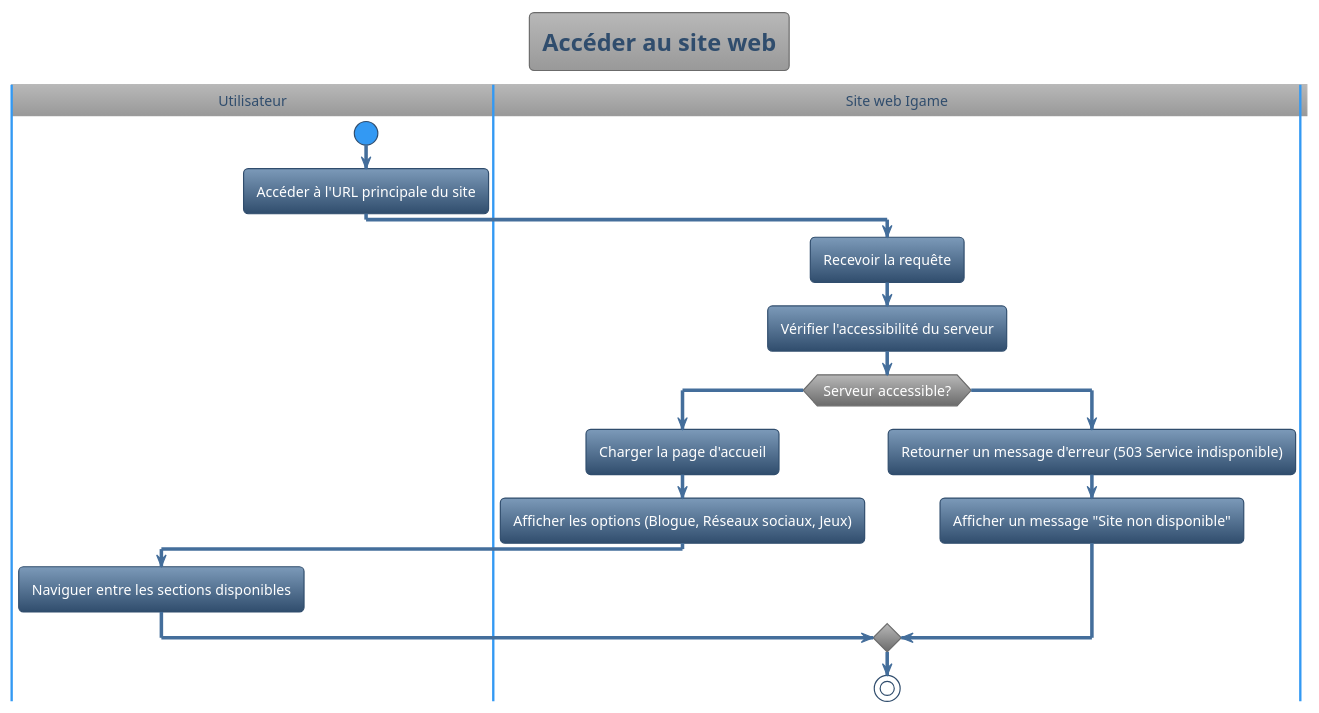
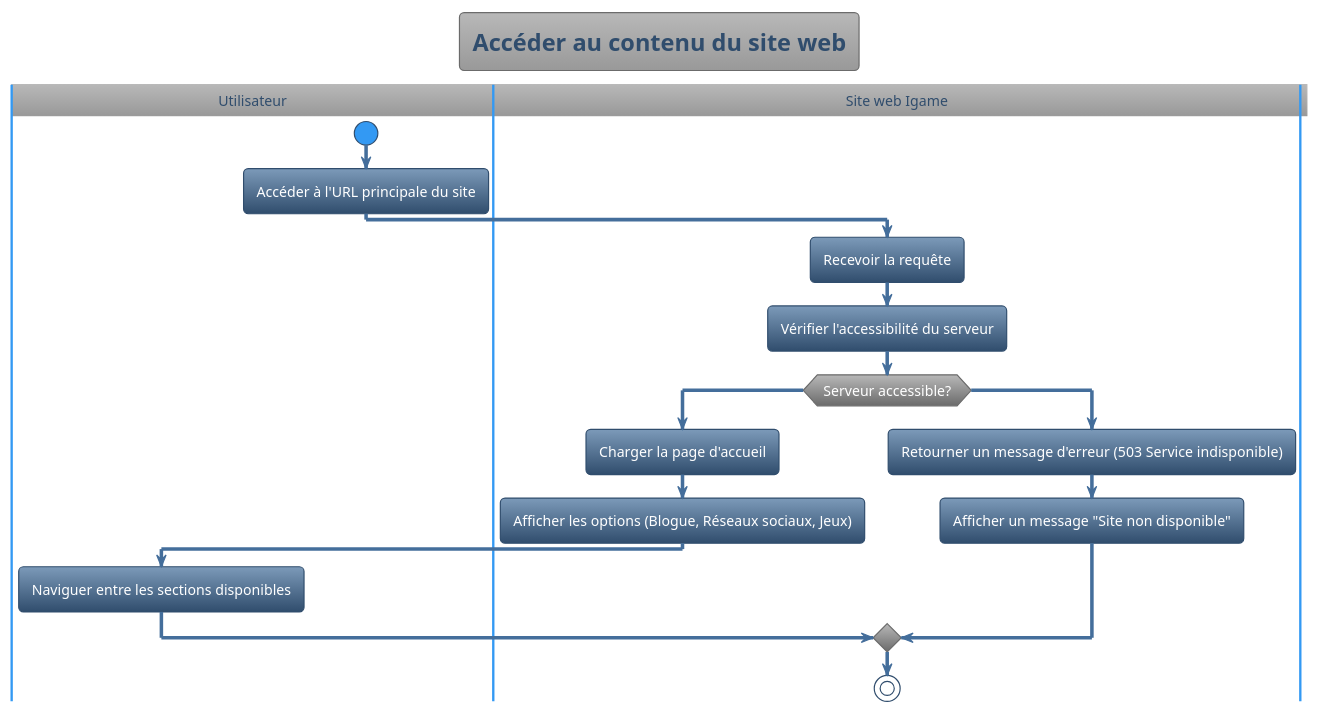
Before and after one commit to Jacob-Cossette/GTI510: the diagram in UC1_accesSiteWeb.puml, drawn with PlantUML. The commit also changed 22 other files, not shown here.

```diff
--- a/UC1_accesSiteWeb.puml
+++ b/UC1_accesSiteWeb.puml
@@ -1,21 +1,21 @@
 @startuml
 !theme spacelab
-title Accéder au site web
+title Accéder au contenu du site web
 |Utilisateur|
 start
 :Accéder à l'URL principale du site;
 |Site web Igame|
 :Recevoir la requête;
 :Vérifier l'accessibilité du serveur;
 if (Serveur accessible?) then (Oui)
   :Charger la page d'accueil; 
   :Afficher les options (Blogue, Réseaux sociaux, Jeux);
   |Utilisateur|
   :Naviguer entre les sections disponibles;
 else (Non)
   |Site web Igame|
   :Retourner un message d'erreur (503 Service indisponible);
   :Afficher un message "Site non disponible";
 endif
 stop
 @enduml
```
